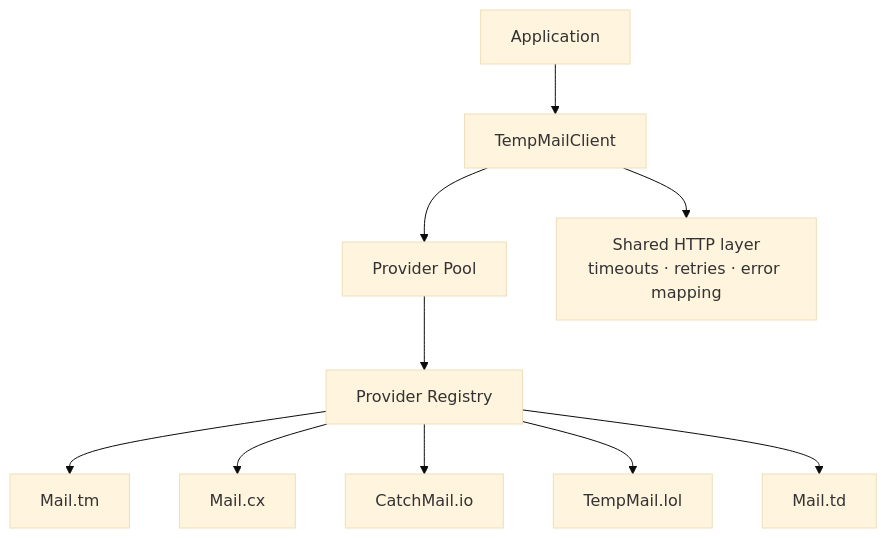
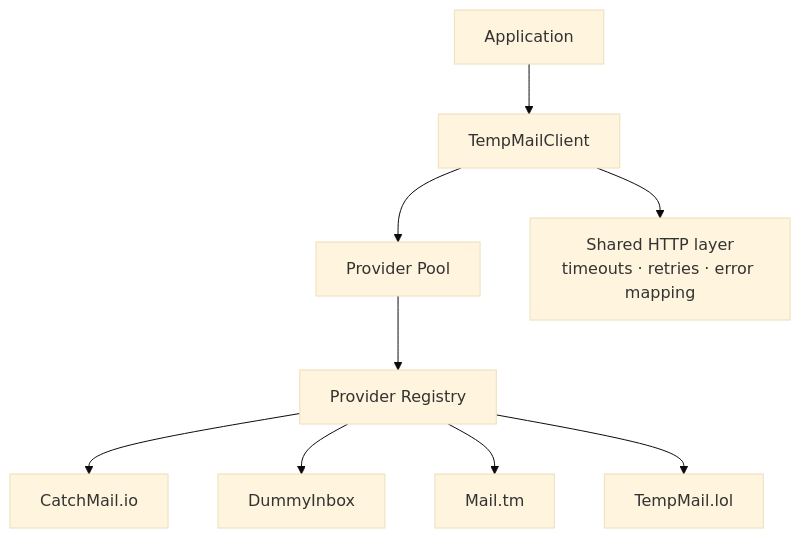
One commit to 0xdzik/multitempmail changed the second of 3 diagrams in README.md. Above: the diagram before and after it, drawn with Mermaid (base theme). The commit also changed other lines of this file, not shown here.

````diff
--- a/README.md
+++ b/README.md
@@ -302,12 +319,11 @@
 ```mermaid
 flowchart TB
     App[Application] --> Client[TempMailClient]
     Client --> Pool[Provider Pool]
     Pool --> Registry[Provider Registry]
+    Registry --> Ca[CatchMail.io]
+    Registry --> Di[DummyInbox]
     Registry --> Tm[Mail.tm]
-    Registry --> Cx[Mail.cx]
-    Registry --> Ca[CatchMail.io]
     Registry --> Tl[TempMail.lol]
-    Registry --> Td[Mail.td]
     Client --> Http[Shared HTTP layer<br/>timeouts · retries · error mapping]
 ```
````
